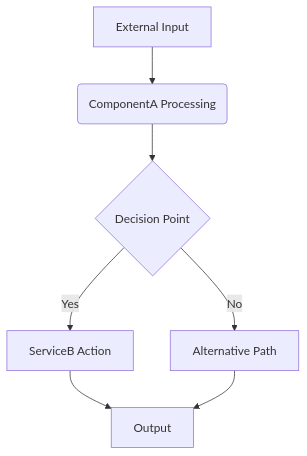
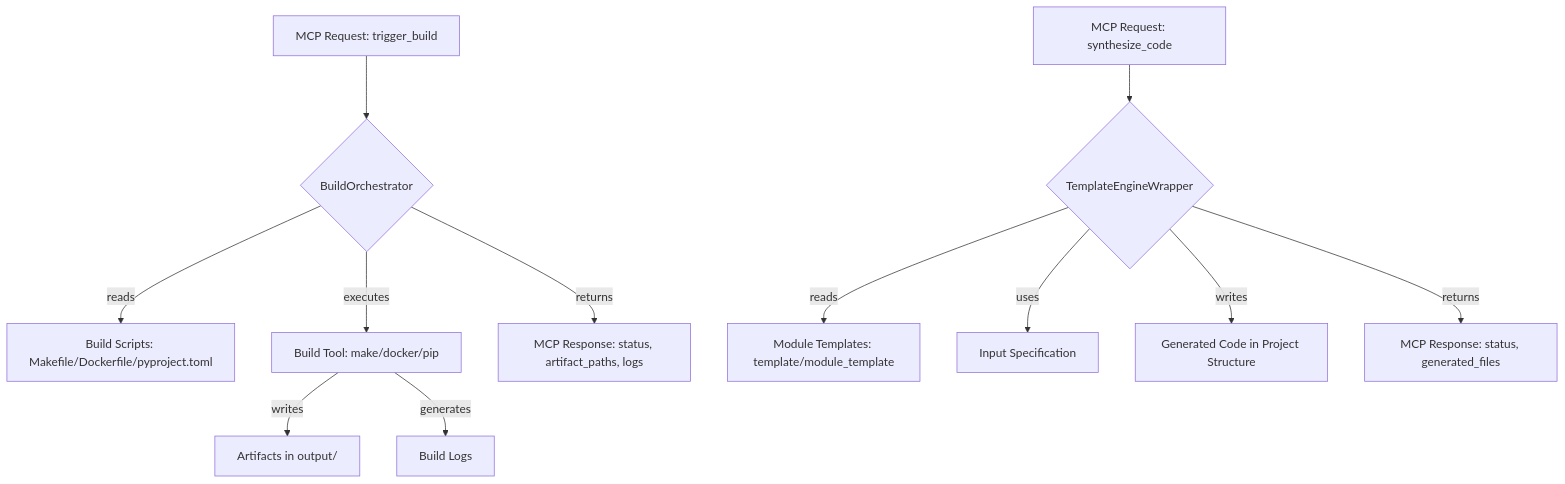
One commit to docxology/codomyrmex changed the diagram in build_synthesis/docs/technical_overview.md. Above: the diagram before and after it, drawn with Mermaid. The commit also changed other lines of this file and 210 other files, not shown here.

````diff
--- a/build_synthesis/docs/technical_overview.md
+++ b/build_synthesis/docs/technical_overview.md
@@ -21,9 +29,15 @@
 ```mermaid
 flowchart TD
-    A[External Input] --> B(ComponentA Processing);
-    B --> C{Decision Point};
-    C -- Yes --> D[ServiceB Action];
-    C -- No --> E[Alternative Path];
-    D --> F[Output];
-    E --> F;
+    A[MCP Request: trigger_build] --> B{BuildOrchestrator};
+    B -- reads --> C[Build Scripts: Makefile/Dockerfile/pyproject.toml];
+    B -- executes --> D[Build Tool: make/docker/pip];
+    D -- writes --> E[Artifacts in output/];
+    D -- generates --> F[Build Logs];
+    B -- returns --> G[MCP Response: status, artifact_paths, logs];
+
+    H[MCP Request: synthesize_code] --> I{TemplateEngineWrapper};
+    I -- reads --> J[Module Templates: template/module_template];
+    I -- uses --> K[Input Specification];
+    I -- writes --> L[Generated Code in Project Structure];
+    I -- returns --> M[MCP Response: status, generated_files]; 
 ```
````
